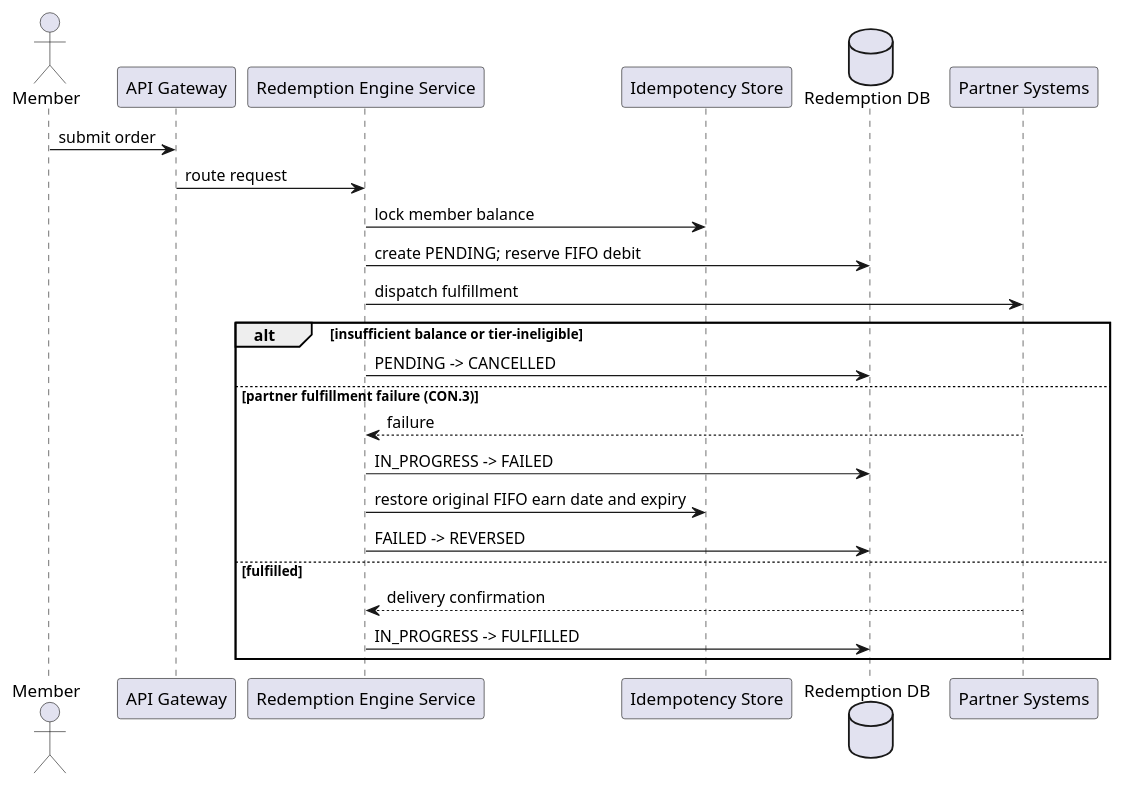
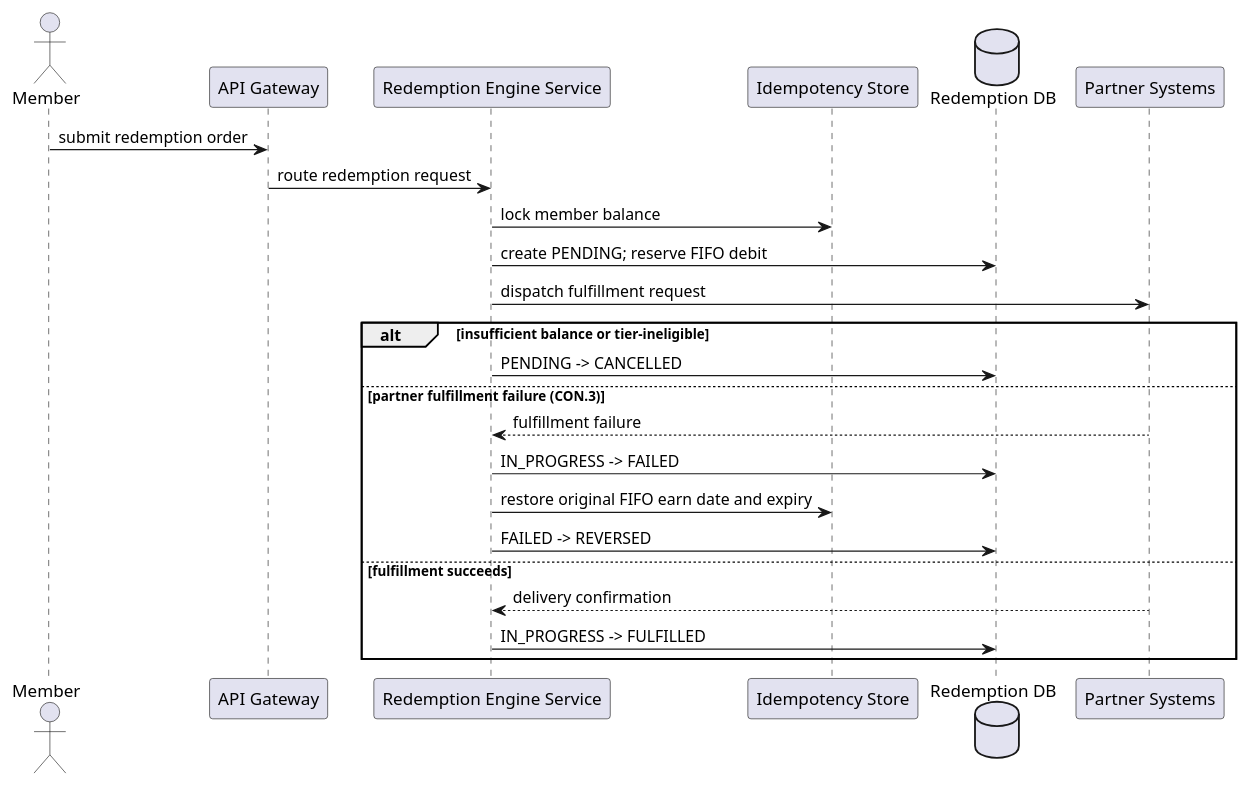
The second of 6 diagrams in lab-10-uml-after.md (quangvtuet/loyalty_system_docs), drawn with PlantUML before and after one commit. The commit also changed other lines of this file and 3 other files, not shown here.

````diff
--- a/lab-10-uml-after.md
+++ b/lab-10-uml-after.md
@@ -52,26 +66,26 @@
 ```plantuml
 @startuml
 actor Member
 participant "API Gateway" as Gateway
 participant "Redemption Engine Service" as Redemption
-participant "Idempotency Store" as Store
-database "Redemption DB" as DB
-participant "Partner Systems" as Partner
-Member -> Gateway: submit order
-Gateway -> Redemption: route request
-Redemption -> Store: lock member balance
-Redemption -> DB: create PENDING; reserve FIFO debit
-Redemption -> Partner: dispatch fulfillment
+participant "Idempotency Store" as Idempotency
+database "Redemption DB" as RedemptionDB
+participant "Partner Systems" as Partners
+Member -> Gateway : submit redemption order
+Gateway -> Redemption : route redemption request
+Redemption -> Idempotency : lock member balance
+Redemption -> RedemptionDB : create PENDING; reserve FIFO debit
+Redemption -> Partners : dispatch fulfillment request
 alt insufficient balance or tier-ineligible
-  Redemption -> DB: PENDING -> CANCELLED
+  Redemption -> RedemptionDB : PENDING -> CANCELLED
 else partner fulfillment failure (CON.3)
-  Partner --> Redemption: failure
-  Redemption -> DB: IN_PROGRESS -> FAILED
-  Redemption -> Store: restore original FIFO earn date and expiry
-  Redemption -> DB: FAILED -> REVERSED
-else fulfilled
-  Partner --> Redemption: delivery confirmation
-  Redemption -> DB: IN_PROGRESS -> FULFILLED
+  Partners --> Redemption : fulfillment failure
+  Redemption -> RedemptionDB : IN_PROGRESS -> FAILED
+  Redemption -> Idempotency : restore original FIFO earn date and expiry
+  Redemption -> RedemptionDB : FAILED -> REVERSED
+else fulfillment succeeds
+  Partners --> Redemption : delivery confirmation
+  Redemption -> RedemptionDB : IN_PROGRESS -> FULFILLED
 end
 @enduml
 ```
````
